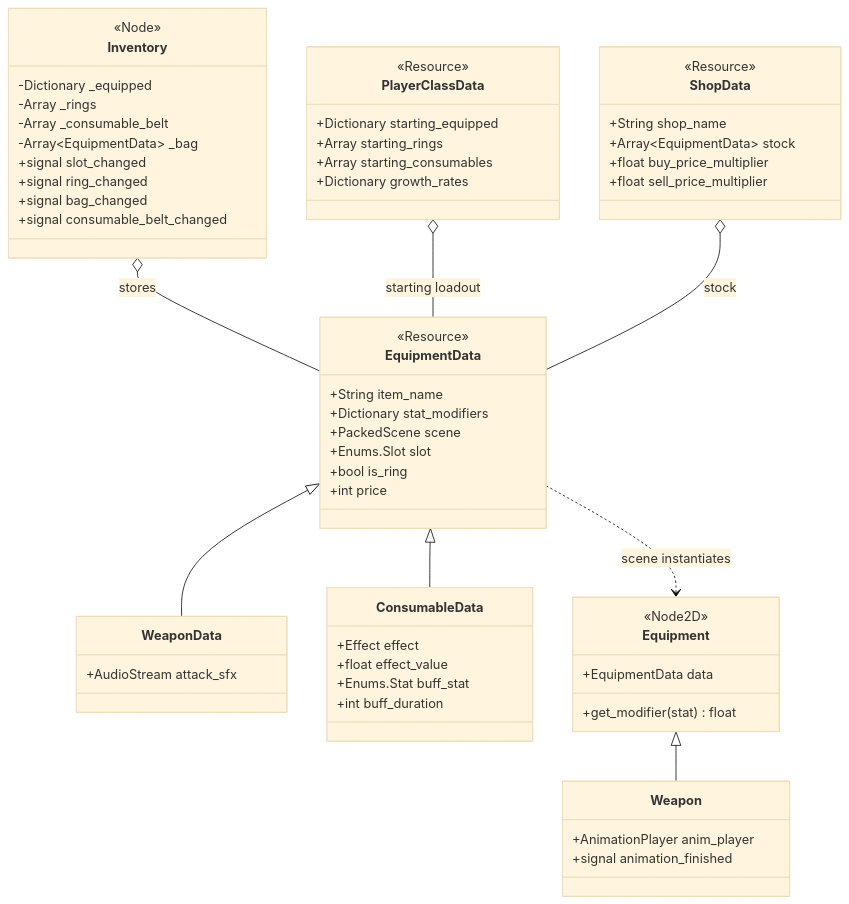
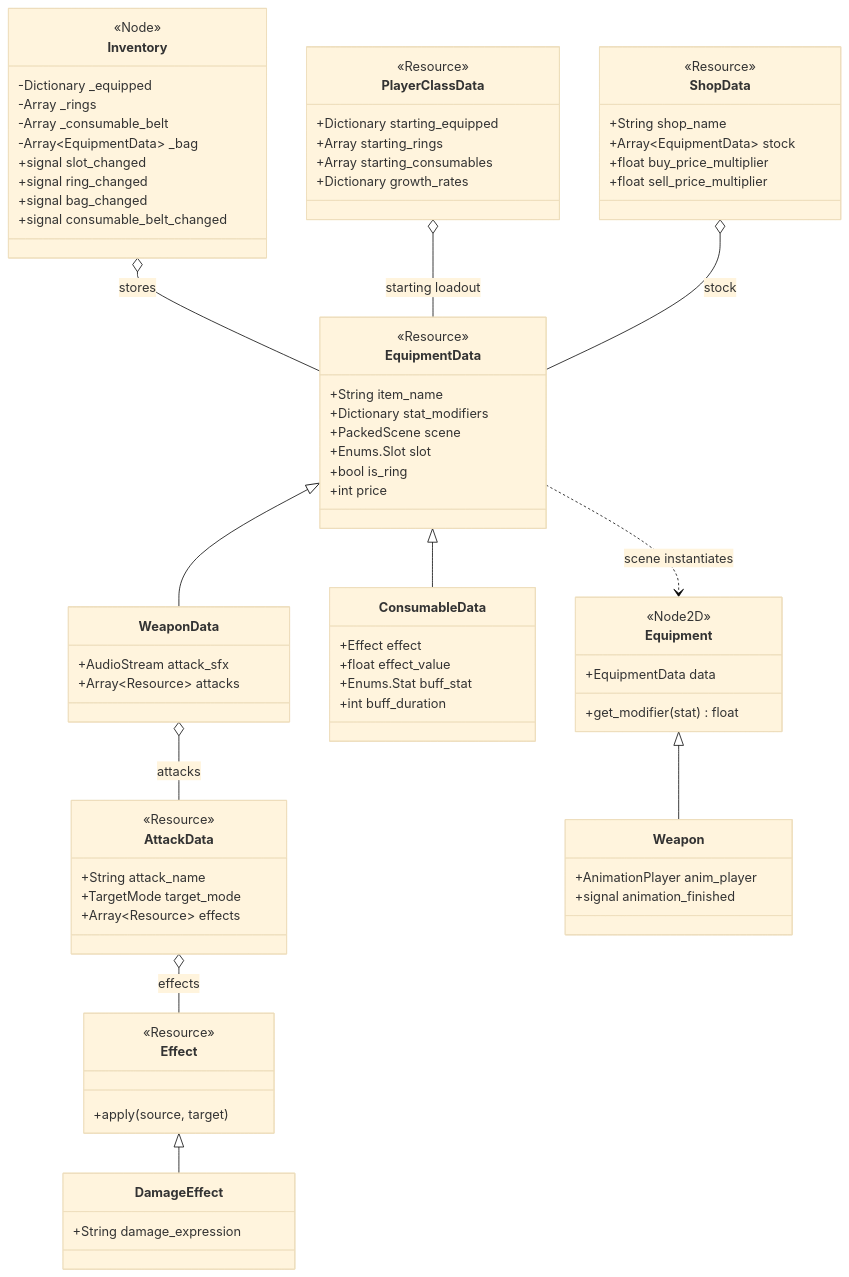
The fourth of 4 diagrams in journal/architecture.md (mjholder/crawler), drawn with Mermaid (base theme) before and after one commit. The commit also changed other lines of this file and 23 other files, not shown here.

````diff
--- a/journal/architecture.md
+++ b/journal/architecture.md
@@ -156,63 +161,80 @@
 ```mermaid
 classDiagram
     class EquipmentData {
         <<Resource>>
         +String item_name
         +Dictionary stat_modifiers
         +PackedScene scene
         +Enums.Slot slot
         +bool is_ring
         +int price
     }
     class WeaponData {
         +AudioStream attack_sfx
+        +Array~Resource~ attacks
+    }
+    class AttackData {
+        <<Resource>>
+        +String attack_name
+        +TargetMode target_mode
+        +Array~Resource~ effects
+    }
+    class Effect {
+        <<Resource>>
+        +apply(source, target)
+    }
+    class DamageEffect {
+        +String damage_expression
     }
     class ConsumableData {
         +Effect effect
         +float effect_value
         +Enums.Stat buff_stat
         +int buff_duration
     }
     class PlayerClassData {
         <<Resource>>
         +Dictionary starting_equipped
         +Array starting_rings
         +Array starting_consumables
         +Dictionary growth_rates
     }
     class ShopData {
         <<Resource>>
         +String shop_name
         +Array~EquipmentData~ stock
         +float buy_price_multiplier
         +float sell_price_multiplier
     }
     class Equipment {
         <<Node2D>>
         +EquipmentData data
         +get_modifier(stat) float
     }
     class Weapon {
         +AnimationPlayer anim_player
         +signal animation_finished
     }
     class Inventory {
         <<Node>>
         -Dictionary _equipped
         -Array _rings
         -Array _consumable_belt
         -Array~EquipmentData~ _bag
         +signal slot_changed
         +signal ring_changed
         +signal bag_changed
         +signal consumable_belt_changed
     }
 
     EquipmentData <|-- WeaponData
     EquipmentData <|-- ConsumableData
     Equipment <|-- Weapon
     EquipmentData ..> Equipment : scene instantiates
     Inventory o-- EquipmentData : stores
     PlayerClassData o-- EquipmentData : starting loadout
     ShopData o-- EquipmentData : stock
+    WeaponData o-- AttackData : attacks
+    AttackData o-- Effect : effects
+    Effect <|-- DamageEffect
 ```
````
